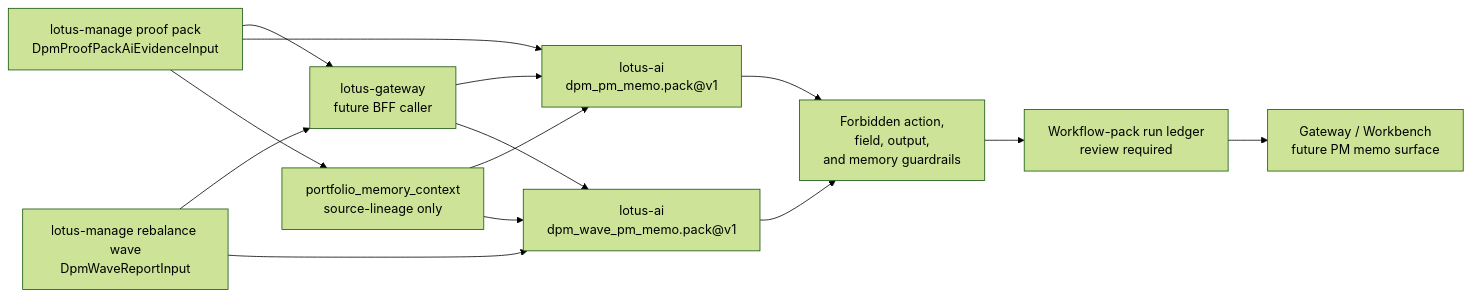
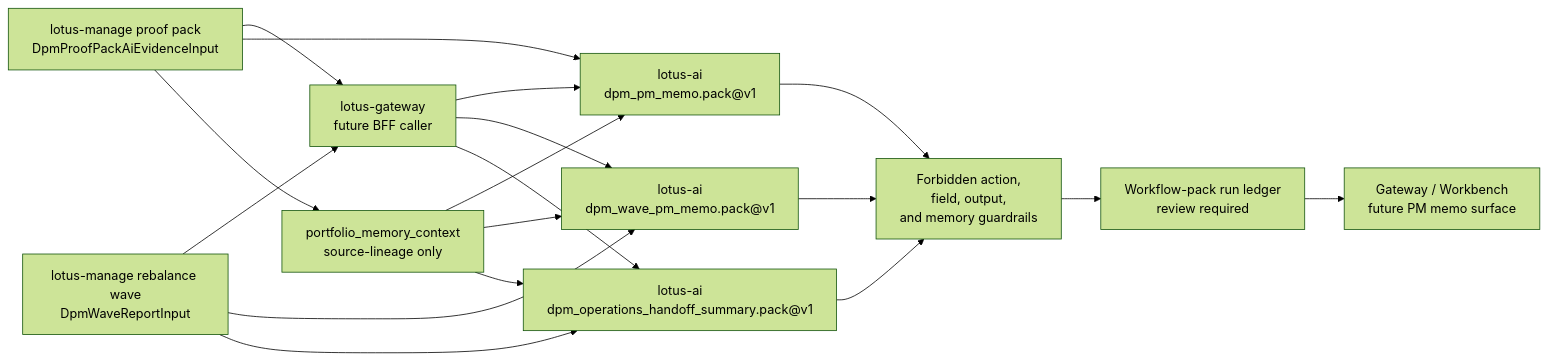
The diagram in docs/guides/integration-guide.md (sgajbi/lotus-ai), drawn with Mermaid (forest theme) before and after one commit. The commit also changed other lines of this file and 29 other files, not shown here.

Commit message:
Implement DPM operations handoff summary pack

````diff
--- a/docs/guides/integration-guide.md
+++ b/docs/guides/integration-guide.md
@@ -309,16 +315,20 @@
 ```mermaid
 flowchart LR
     Manage["lotus-manage proof pack\nDpmProofPackAiEvidenceInput"] --> Gateway["lotus-gateway\nfuture BFF caller"]
     Wave["lotus-manage rebalance wave\nDpmWaveReportInput"] --> Gateway
     Manage --> AI["lotus-ai\ndpm_pm_memo.pack@v1"]
     Wave --> WaveAI["lotus-ai\ndpm_wave_pm_memo.pack@v1"]
+    Wave --> HandoffAI["lotus-ai\ndpm_operations_handoff_summary.pack@v1"]
     Gateway --> AI
     Gateway --> WaveAI
+    Gateway --> HandoffAI
     Manage --> Memory["portfolio_memory_context\nsource-lineage only"]
     Memory --> AI
     Memory --> WaveAI
+    Memory --> HandoffAI
     AI --> Guardrails["Forbidden action,\nfield, output,\nand memory guardrails"]
     WaveAI --> Guardrails
+    HandoffAI --> Guardrails
     Guardrails --> RunLedger["Workflow-pack run ledger\nreview required"]
     RunLedger --> Consumers["Gateway / Workbench\nfuture PM memo surface"]
 ```
````
